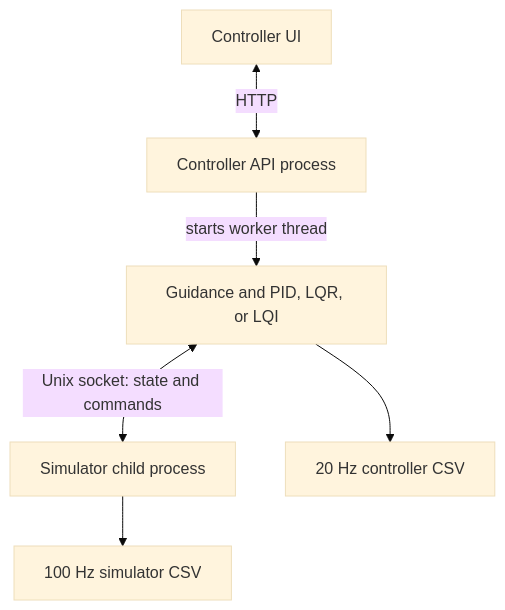
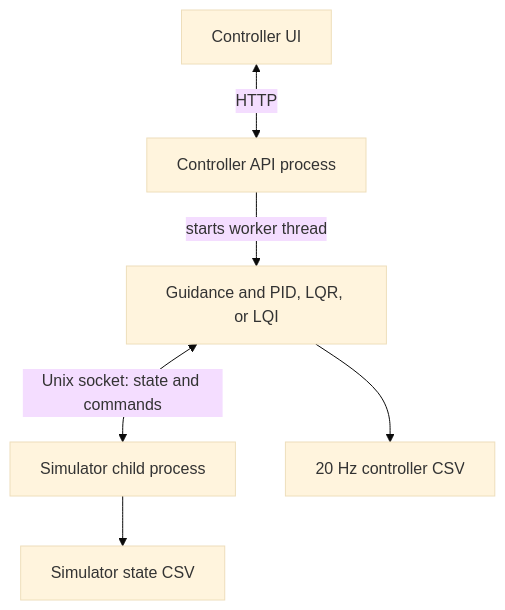
One commit to prashanth-ravindran/sub changed the second of 2 diagrams in README.md. Above: the diagram before and after it, drawn with Mermaid (base theme). The commit also changed other lines of this file and 1 other file, not shown here.

````diff
--- a/README.md
+++ b/README.md
@@ -96,8 +97,8 @@
 ```mermaid
 flowchart TB
     UI["Controller UI"] <-->|HTTP| API["Controller API process"]
     API -->|starts worker thread| CTRL["Guidance and PID, LQR, or LQI"]
     CTRL <-->|Unix socket: state and commands| SIM["Simulator child process"]
     CTRL --> CONTROL_CSV["20 Hz controller CSV"]
-    SIM --> STATE_CSV["100 Hz simulator CSV"]
+    SIM --> STATE_CSV["Simulator state CSV"]
 ```
````
